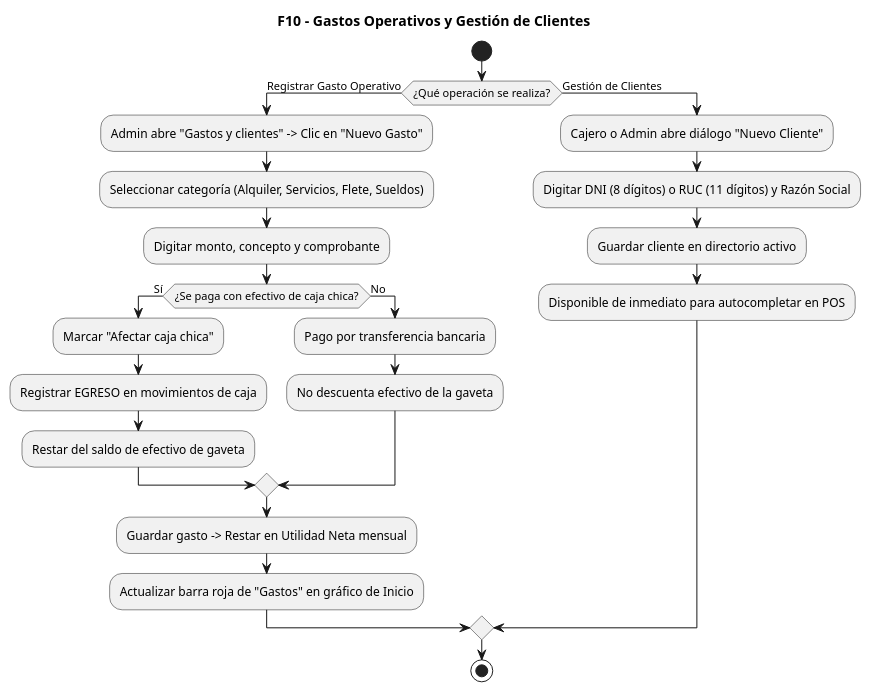
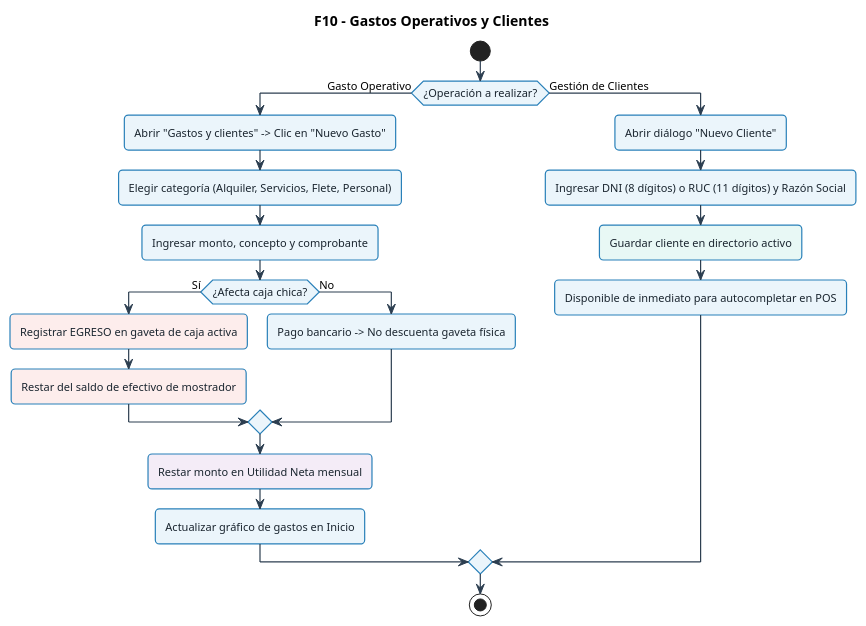
Before and after one commit to xmenil/ERP-KIPUS: the tenth of 11 diagrams in docs/UML-flujos/flujos-consolidados-kipu.md, drawn with PlantUML. The commit also changed other lines of this file and 23 other files, not shown here.

Commit message:
docs(uml): simplificar flujos con estilo Bizagi BPMN coloreado y regenerar imagenes PNG

````diff
--- a/docs/UML-flujos/flujos-consolidados-kipu.md
+++ b/docs/UML-flujos/flujos-consolidados-kipu.md
@@ -574,31 +601,52 @@
 ```plantuml
 @startuml
-skinparam monochrome true
+skinparam defaultFontName "Segoe UI", Arial, sans-serif
+skinparam defaultFontSize 11
+skinparam roundCorner 8
 skinparam shadowing false
+skinparam ArrowColor #2C3E50
+skinparam ArrowThickness 1.2
 
-title F10 - Gastos Operativos y Gestión de Clientes
+skinparam activity {
+  BackgroundColor #EBF5FB
+  BorderColor #2980B9
+  BorderThickness 1.2
+  FontColor #1A252F
+}
+skinparam decision {
+  BackgroundColor #FEF9E7
+  BorderColor #F39C12
+  BorderThickness 1.2
+  FontColor #7D6608
+}
+skinparam start {
+  Color #27AE60
+}
+skinparam stop {
+  Color #C0392B
+}
+
+title F10 - Gastos Operativos y Clientes
 
 start
-if (¿Qué operación se realiza?) then (Registrar Gasto Operativo)
-  :Admin abre "Gastos y clientes" -> Clic en "Nuevo Gasto";
-  :Seleccionar categoría (Alquiler, Servicios, Flete, Sueldos);
-  :Digitar monto, concepto y comprobante;
-  if (¿Se paga con efectivo de caja chica?) then (Sí)
-    :Marcar "Afectar caja chica";
-    :Registrar EGRESO en movimientos de caja;
-    :Restar del saldo de efectivo de gaveta;
+if (¿Operación a realizar?) then (Gasto Operativo)
+  :Abrir "Gastos y clientes" -> Clic en "Nuevo Gasto";
+  :Elegir categoría (Alquiler, Servicios, Flete, Personal);
+  :Ingresar monto, concepto y comprobante;
+  if (¿Afecta caja chica?) then (Sí)
+    #FDEDEC:Registrar EGRESO en gaveta de caja activa;
+    #FDEDEC:Restar del saldo de efectivo de mostrador;
   else (No)
-    :Pago por transferencia bancaria;
-    :No descuenta efectivo de la gaveta;
+    #EBF5FB:Pago bancario -> No descuenta gaveta física;
   endif
-  :Guardar gasto -> Restar en Utilidad Neta mensual;
-  :Actualizar barra roja de "Gastos" en gráfico de Inicio;
+  #F4ECF7:Restar monto en Utilidad Neta mensual;
+  :Actualizar gráfico de gastos en Inicio;
 else (Gestión de Clientes)
-  :Cajero o Admin abre diálogo "Nuevo Cliente";
-  :Digitar DNI (8 dígitos) o RUC (11 dígitos) y Razón Social;
-  :Guardar cliente en directorio activo;
+  :Abrir diálogo "Nuevo Cliente";
+  :Ingresar DNI (8 dígitos) o RUC (11 dígitos) y Razón Social;
+  #E8F8F5:Guardar cliente en directorio activo;
   :Disponible de inmediato para autocompletar en POS;
 endif
 stop
 @enduml
 ```
````
